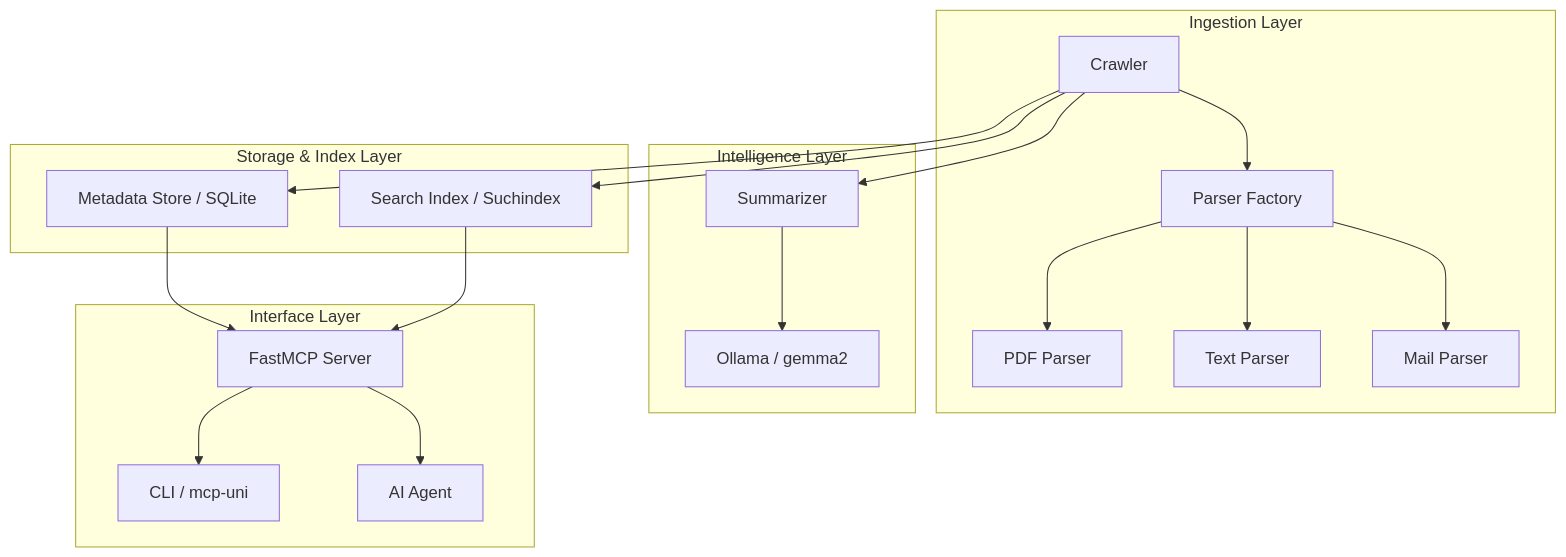
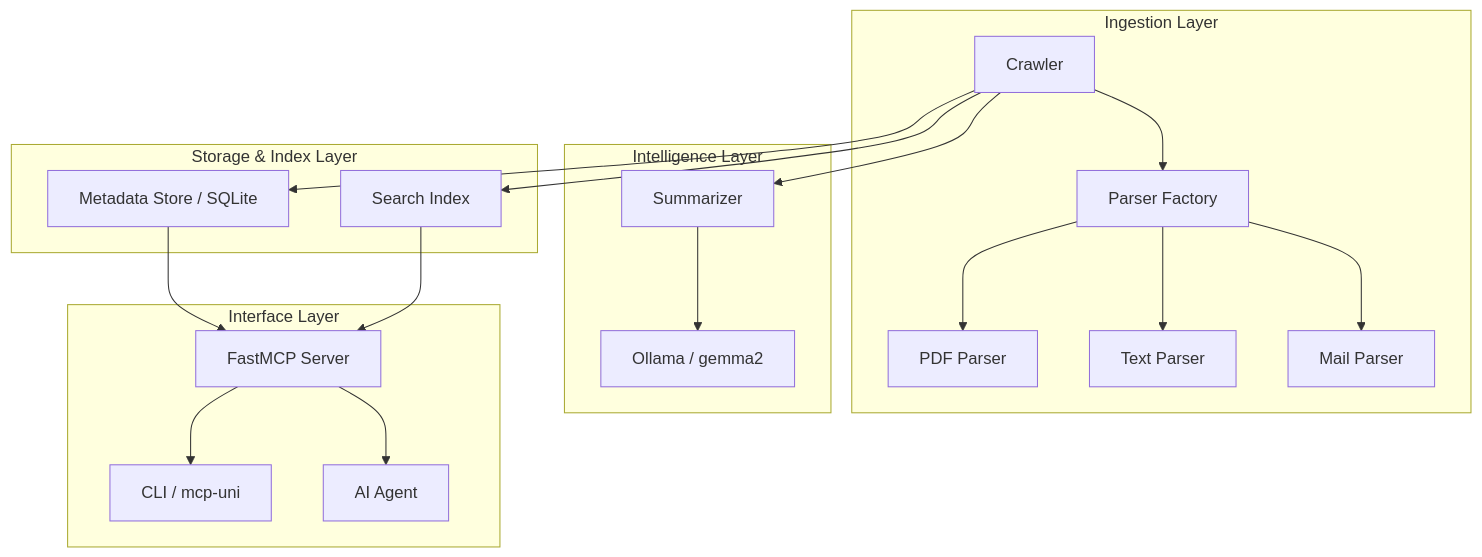
One commit to dgaida/academic-memory-mcp changed the first of 2 diagrams in docs/de/architecture/index.md. Above: the diagram before and after it, drawn with Mermaid. The commit also changed other lines of this file and 20 other files, not shown here.

````diff
--- a/docs/de/architecture/index.md
+++ b/docs/de/architecture/index.md
@@ -9,26 +9,26 @@
 ```mermaid
 graph TD
     subgraph "Ingestion Layer"
         C[Crawler] --> P[Parser Factory]
         P --> P1[PDF Parser]
         P --> P2[Text Parser]
         P --> P3[Mail Parser]
     end
 
     subgraph "Intelligence Layer"
         C --> S[Summarizer]
         S --> LLM[Ollama / gemma2]
     end
 
     subgraph "Storage & Index Layer"
-        C --> IDX[Search Index / Suchindex]
+        C --> IDX[Search Index]
         C --> DB[Metadata Store / SQLite]
     end
 
     subgraph "Interface Layer"
         DB --> MCP[FastMCP Server]
         IDX --> MCP
         MCP --> CLI[CLI / mcp-uni]
         MCP --> AGENT[AI Agent]
     end
 ```
````
